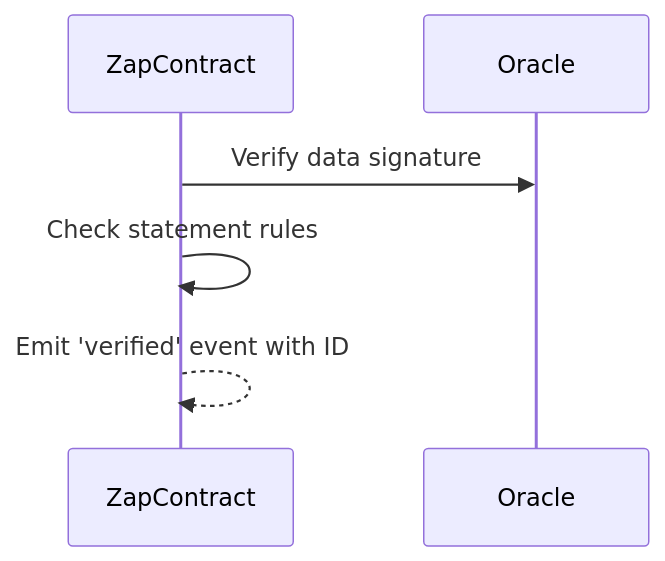
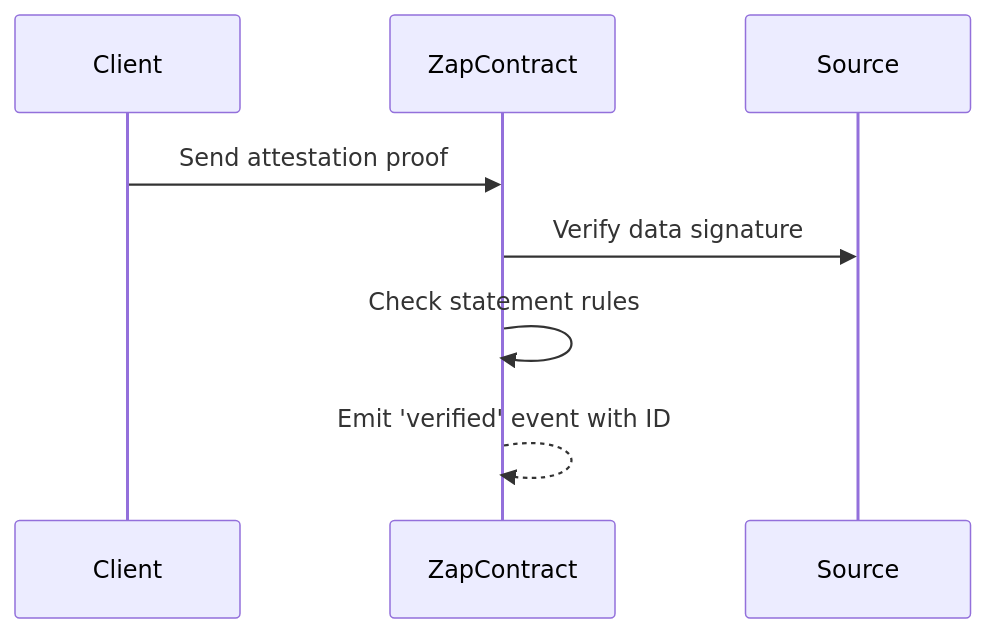
Before and after one commit to julio4/zap: the second of 4 diagrams in docs/pages/protocol.mdx, drawn with Mermaid. The commit also changed other lines of this file and 4 other files, not shown here.

````diff
--- a/docs/pages/protocol.mdx
+++ b/docs/pages/protocol.mdx
@@ -55,8 +52,10 @@
 ```mermaid
 sequenceDiagram
+    participant Client
     participant ZapContract
-    participant Oracle
-    ZapContract->>Oracle: Verify data signature
+    participant Source
+    Client->>ZapContract: Send attestation proof
+    ZapContract->>Source: Verify data signature
     ZapContract->>ZapContract: Check statement rules
     ZapContract-->>ZapContract: Emit 'verified' event with ID
 ```
````
